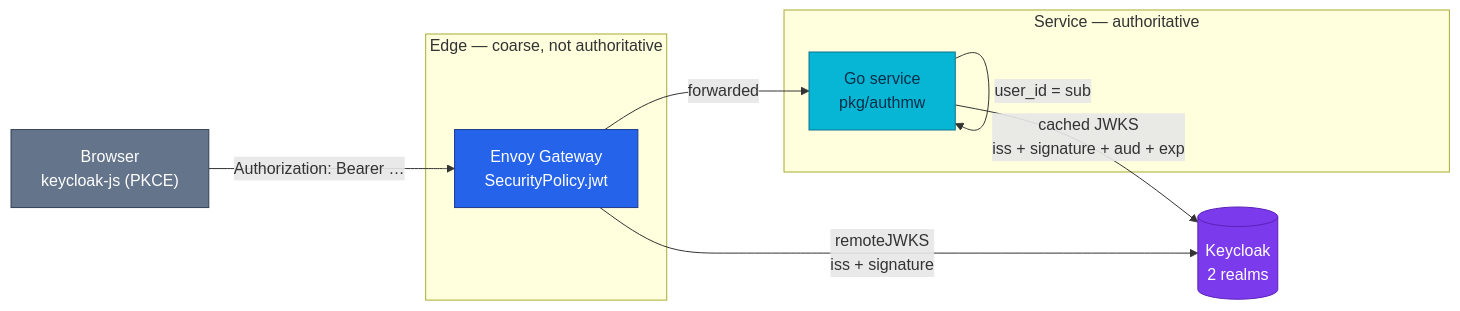
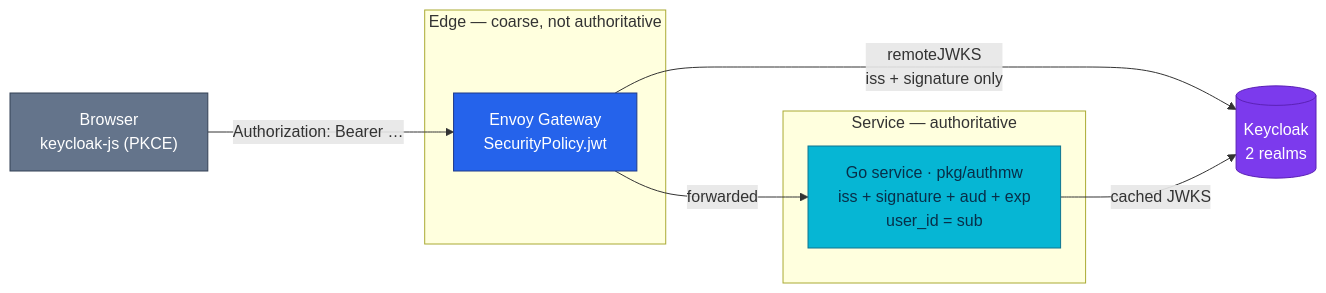
Before and after one commit to duynhlab/homelab: the diagram in docs/api/identity.md, drawn with Mermaid. The commit also changed 2 other files, not shown here.

Commit message:
Make kyverno.md name the policies it governs
The doc explained the engine well but never listed a single policy file,
had no verification runbook, and contradicted itself: the adoption matrix
called Policy Reporter "planned — not deployed" while three other
sections, the HelmRelease, the HTTPRoute and setup-hosts.sh all say it is
live. The architecture diagram carried a matching `planned` node.

Adds a quick-facts table, a policy inventory keyed to the files under
cluster-policies/, a decision diagram for how one apply is resolved, an
exceptions table, an 8-step verification runbook, and troubleshooting by
symptom with a failure-modes table.

Counts trued up while writing them: 7 policies are deployed, not 8 — the
eighth file is a ClusterRole, which policy-catalog.md already says is not
a policy. docs/security/README.md said 8 too, so it moves with this.

The PolicyException YAML block now delegates to policy-exceptions.md
rather than keeping a second copy of the annotation contract.

````diff
--- a/docs/api/identity.md
+++ b/docs/api/identity.md
@@ -72,26 +72,25 @@
 ```mermaid
 flowchart LR
   browser["Browser<br/>keycloak-js (PKCE)"]
   subgraph edgeLayer["Edge — coarse, not authoritative"]
     eg["Envoy Gateway<br/>SecurityPolicy.jwt"]
   end
   subgraph svcLayer["Service — authoritative"]
-    svc["Go service<br/>pkg/authmw"]
+    svc["Go service · pkg/authmw<br/>iss + signature + aud + exp<br/>user_id = sub"]
   end
   kc[("Keycloak<br/>2 realms")]
 
   browser -->|"Authorization: Bearer …"| eg
-  eg -->|"remoteJWKS<br/>iss + signature"| kc
+  eg -->|"remoteJWKS<br/>iss + signature only"| kc
   eg -->|"forwarded"| svc
-  svc -->|"cached JWKS<br/>iss + signature + aud + exp"| kc
-  svc -->|"user_id = sub"| svc
+  svc -->|"cached JWKS"| kc
 
   classDef edge fill:#2563eb,color:#fff,stroke:#1e3a8a;
   classDef service fill:#06b6d4,color:#082f49,stroke:#0e7490;
   classDef platform fill:#7c3aed,color:#fff,stroke:#5b21b6;
   classDef external fill:#64748b,color:#fff,stroke:#334155;
   class eg edge
   class svc service
   class kc platform
   class browser external
 ```
````
